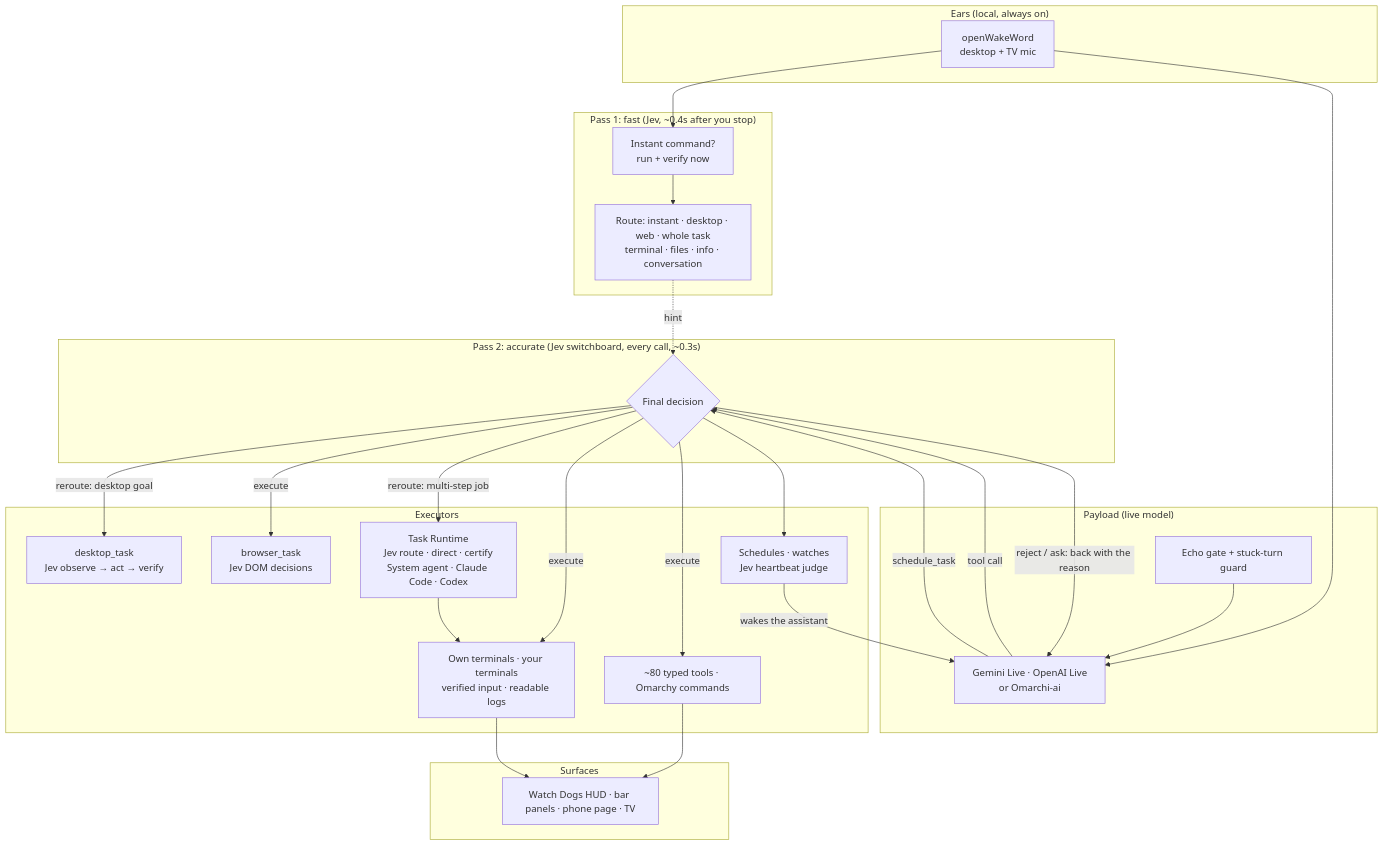
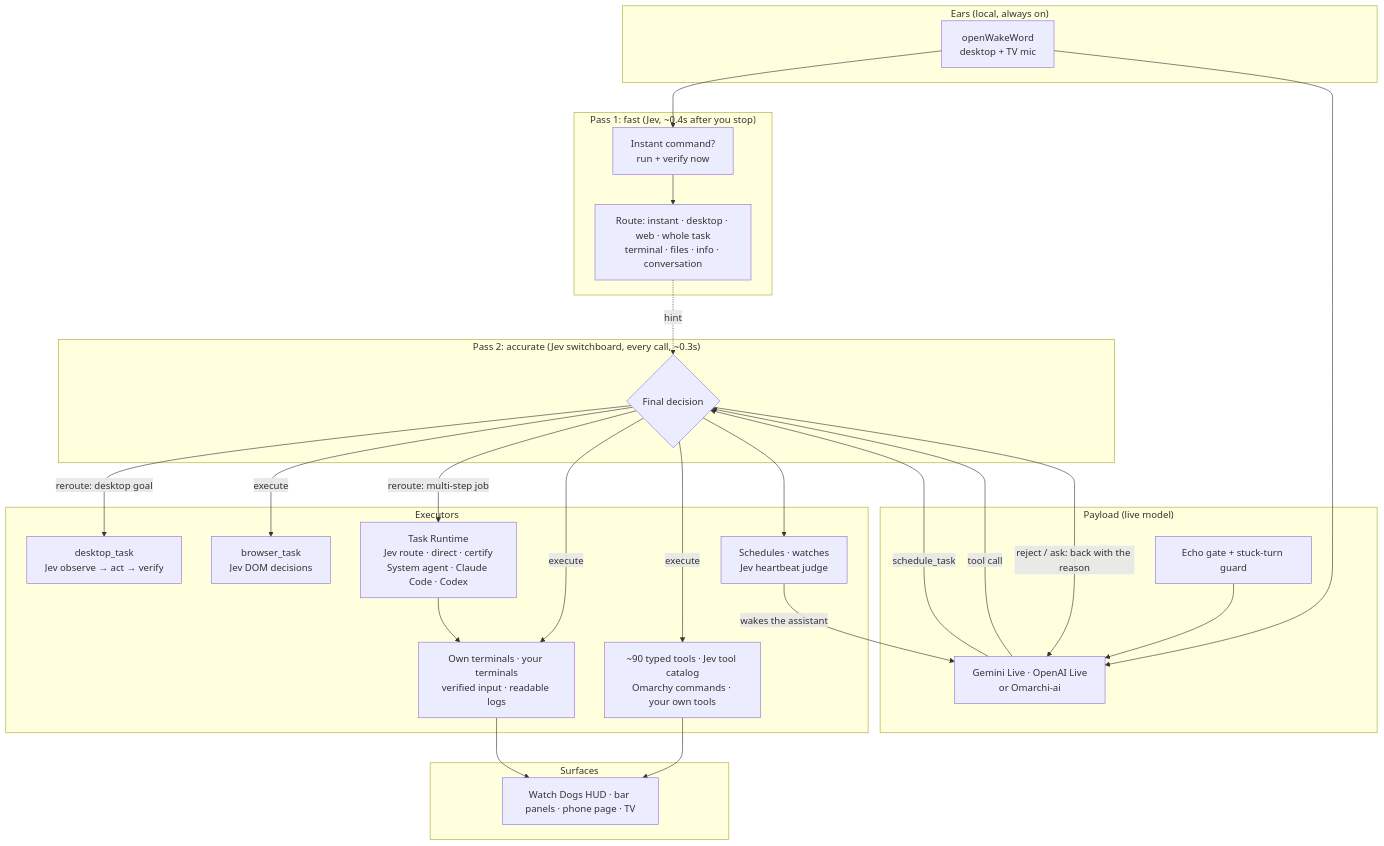
The first of 2 diagrams in README.md (omribenami/Omarchy-AI), drawn with Mermaid before and after one commit. The commit also changed other lines of this file, not shown here.

````diff
--- a/README.md
+++ b/README.md
@@ -134,42 +174,42 @@
 ```mermaid
 flowchart TB
     subgraph Ears["Ears (local, always on)"]
         W[openWakeWord<br/>desktop + TV mic]
     end
     subgraph Pass1["Pass 1: fast (Jev, ~0.4s after you stop)"]
         F[Instant command?<br/>run + verify now]
         RT[Route: instant · desktop · web · whole task<br/>terminal · files · info · conversation]
     end
     subgraph Voice["Payload (live model)"]
         L[Gemini Live · OpenAI Live<br/>or Omarchi-ai]
         G[Echo gate + stuck-turn guard]
     end
     subgraph Pass2["Pass 2: accurate (Jev switchboard, every call, ~0.3s)"]
         SB{Final decision}
     end
     subgraph Exec["Executors"]
-        T[~80 typed tools · Omarchy commands]
+        T[~90 typed tools · Jev tool catalog<br/>Omarchy commands · your own tools]
         K[Own terminals · your terminals<br/>verified input · readable logs]
         D[desktop_task<br/>Jev observe → act → verify]
         B[browser_task<br/>Jev DOM decisions]
         R[Task Runtime<br/>Jev route · direct · certify<br/>System agent · Claude Code · Codex]
         A[Schedules · watches<br/>Jev heartbeat judge]
     end
     subgraph Surfaces
         U[Watch Dogs HUD · bar panels · phone page · TV]
     end
     W --> F & L
     G --> L
     F --> RT
     RT -. hint .-> SB
     L -- tool call --> SB
     SB -- execute --> T & K & B
     SB -- "reroute: desktop goal" --> D
     SB -- "reroute: multi-step job" --> R
     SB -- "reject / ask: back with the reason" --> L
     L -- schedule_task --> SB
     SB --> A
     A -- wakes the assistant --> L
     R --> K
     T & K --> U
 ```
````
